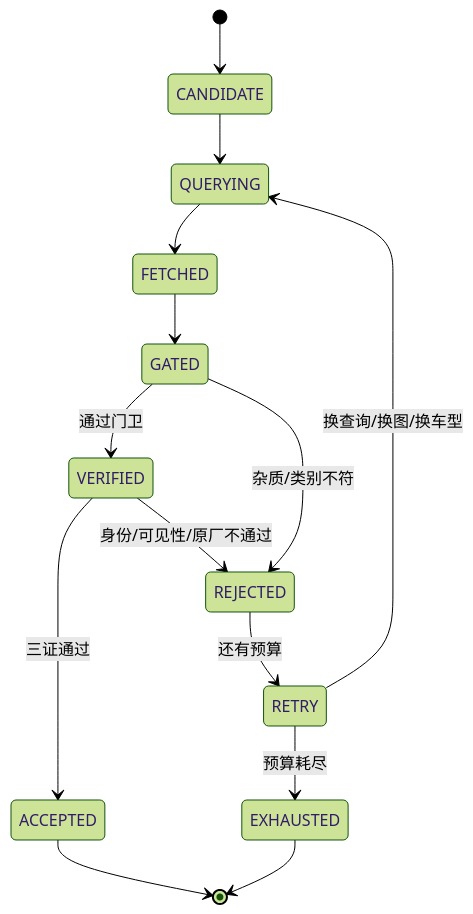
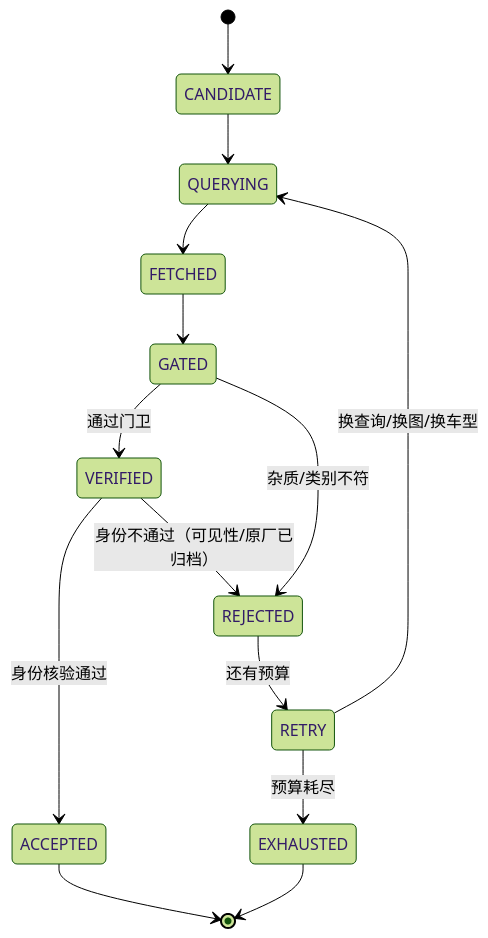
Before and after one commit to JIJIguowang1218/EquipLens-AI: the second of 2 diagrams in docs/retrieval-state-machine.md, drawn with Mermaid (forest theme). The commit also changed other lines of this file and 96 other files, not shown here.

````diff
--- a/docs/retrieval-state-machine.md
+++ b/docs/retrieval-state-machine.md
@@ -88,16 +88,16 @@
 ```mermaid
 stateDiagram-v2
     [*] --> CANDIDATE
     CANDIDATE --> QUERYING
     QUERYING --> FETCHED
     FETCHED --> GATED
     GATED --> VERIFIED: 通过门卫
     GATED --> REJECTED: 杂质/类别不符
-    VERIFIED --> ACCEPTED: 三证通过
-    VERIFIED --> REJECTED: 身份/可见性/原厂不通过
+    VERIFIED --> ACCEPTED: 身份核验通过
+    VERIFIED --> REJECTED: 身份不通过（可见性/原厂已归档）
     REJECTED --> RETRY: 还有预算
     RETRY --> QUERYING: 换查询/换图/换车型
     RETRY --> EXHAUSTED: 预算耗尽
     ACCEPTED --> [*]
     EXHAUSTED --> [*]
 ```
````
